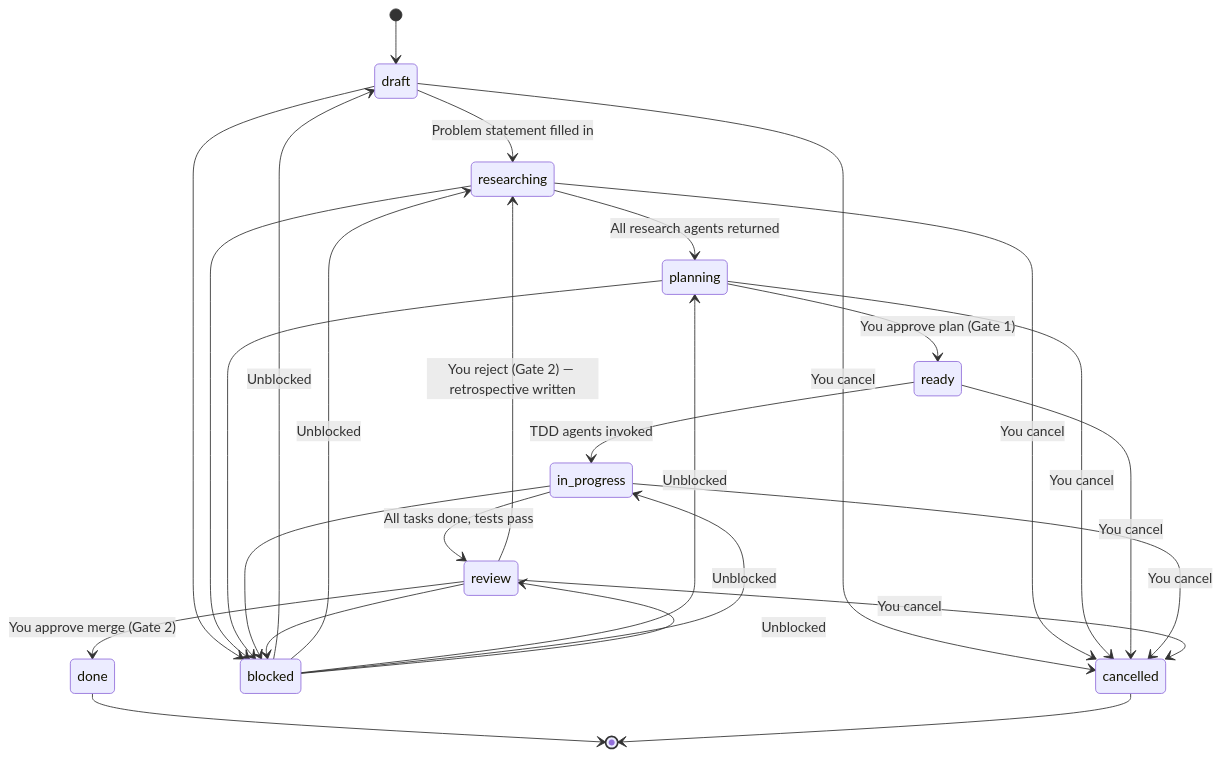
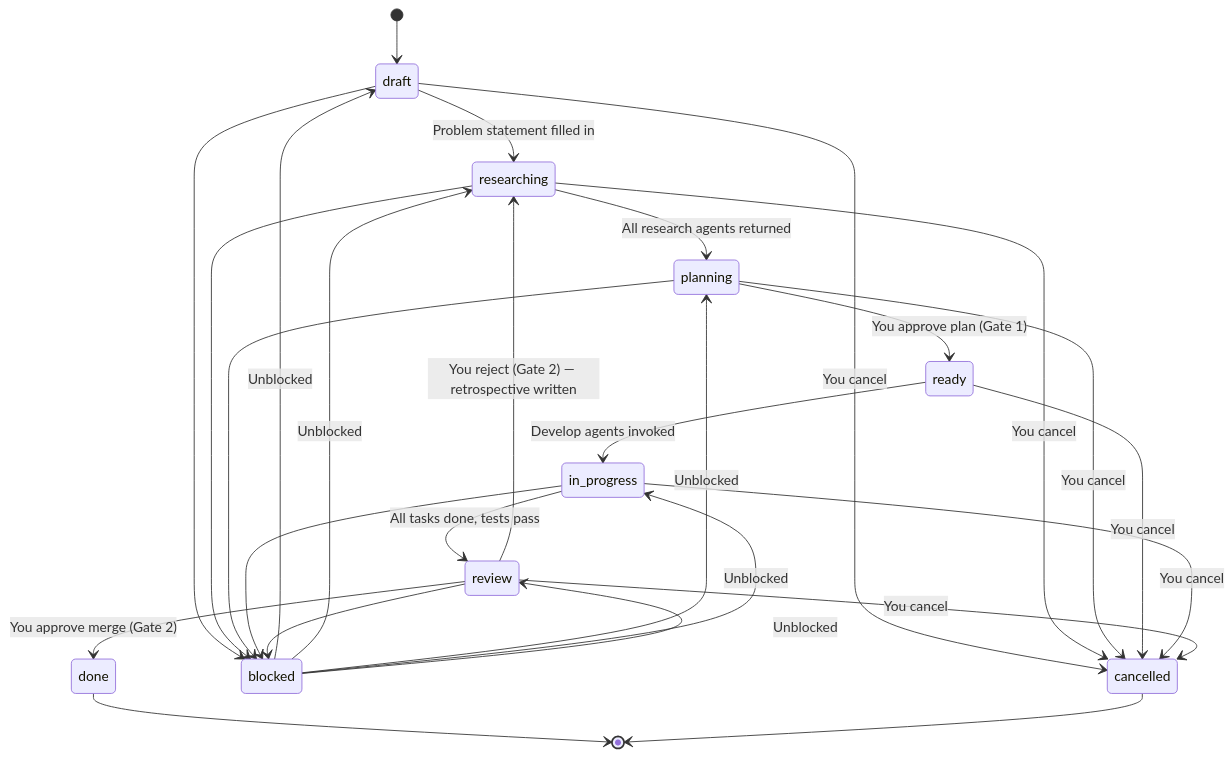
The third of 5 diagrams in docs/auto/agent-flow.md (Mpfk/auto), drawn with Mermaid before and after one commit. The commit also changed other lines of this file and 8 other files, not shown here.

First line of the commit message:
refactor(agents): rename orchestrator→orchestrate and tdd→develop

````diff
--- a/docs/auto/agent-flow.md
+++ b/docs/auto/agent-flow.md
@@ -189,32 +189,32 @@
 ```mermaid
 stateDiagram-v2
     [*] --> draft
     draft --> researching : Problem statement filled in
     researching --> planning : All research agents returned
     planning --> ready : You approve plan (Gate 1)
-    ready --> in_progress : TDD agents invoked
+    ready --> in_progress : Develop agents invoked
     in_progress --> review : All tasks done, tests pass
     review --> done : You approve merge (Gate 2)
     review --> researching : You reject (Gate 2) — retrospective written
 
     draft --> blocked
     researching --> blocked
     planning --> blocked
     in_progress --> blocked
     review --> blocked
     blocked --> draft : Unblocked
     blocked --> researching : Unblocked
     blocked --> planning : Unblocked
     blocked --> in_progress : Unblocked
     blocked --> review : Unblocked
 
     draft --> cancelled : You cancel
     researching --> cancelled : You cancel
     planning --> cancelled : You cancel
     ready --> cancelled : You cancel
     in_progress --> cancelled : You cancel
     review --> cancelled : You cancel
 
     done --> [*]
     cancelled --> [*]
 ```
````
